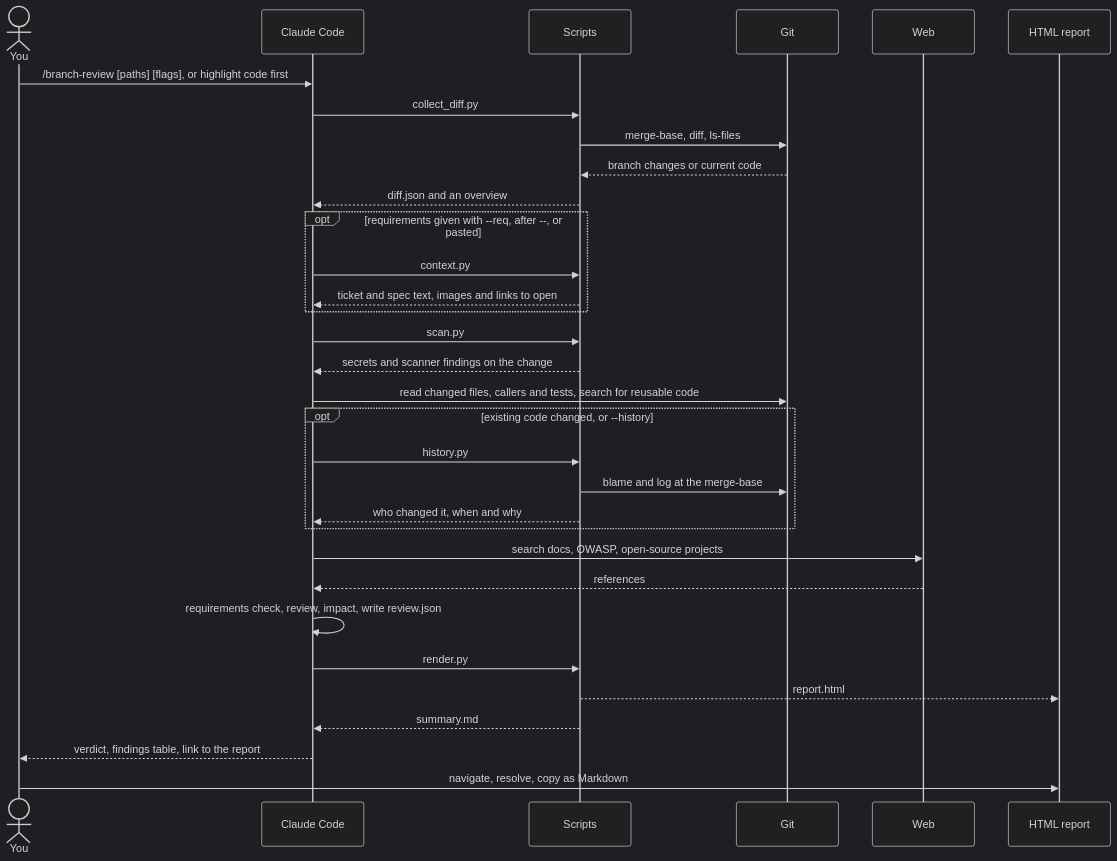
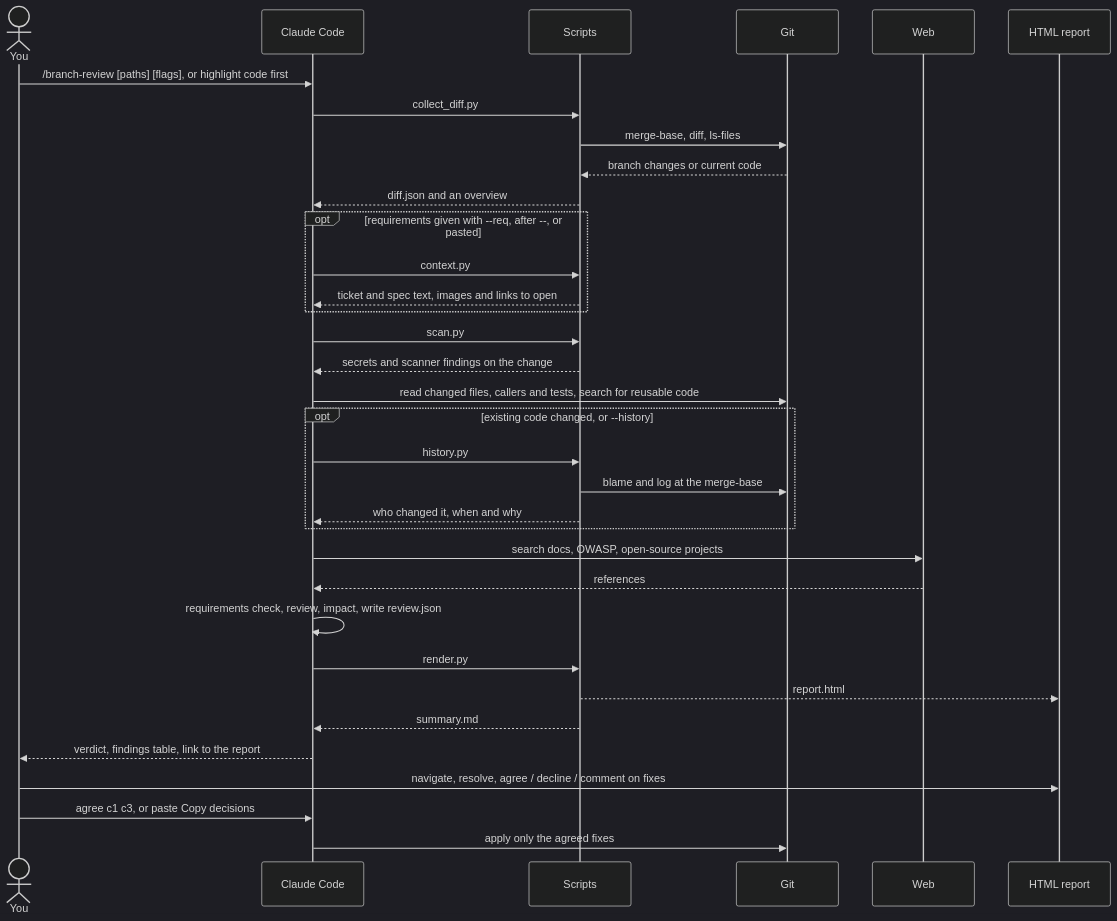
Before and after one commit to rewin0087/claude-code-review: the second of 2 diagrams in README.md, drawn with Mermaid (dark theme). The commit also changed other lines of this file and 1 other file, not shown here.

````diff
--- a/README.md
+++ b/README.md
@@ -247,35 +277,37 @@
 ```mermaid
 sequenceDiagram
     actor You
     participant CC as Claude Code
     participant S as Scripts
     participant G as Git
     participant W as Web
     participant R as HTML report
 
     You->>CC: /branch-review [paths] [flags], or highlight code first
     CC->>S: collect_diff.py
     S->>G: merge-base, diff, ls-files
     G-->>S: branch changes or current code
     S-->>CC: diff.json and an overview
     opt requirements given with --req, after --, or pasted
         CC->>S: context.py
         S-->>CC: ticket and spec text, images and links to open
     end
     CC->>S: scan.py
     S-->>CC: secrets and scanner findings on the change
     CC->>G: read changed files, callers and tests, search for reusable code
     opt existing code changed, or --history
         CC->>S: history.py
         S->>G: blame and log at the merge-base
         S-->>CC: who changed it, when and why
     end
     CC->>W: search docs, OWASP, open-source projects
     W-->>CC: references
     CC->>CC: requirements check, review, impact, write review.json
     CC->>S: render.py
     S-->>R: report.html
     S-->>CC: summary.md
     CC-->>You: verdict, findings table, link to the report
-    You->>R: navigate, resolve, copy as Markdown
+    You->>R: navigate, resolve, agree / decline / comment on fixes
+    You->>CC: agree c1 c3, or paste Copy decisions
+    CC->>G: apply only the agreed fixes
 ```
````
